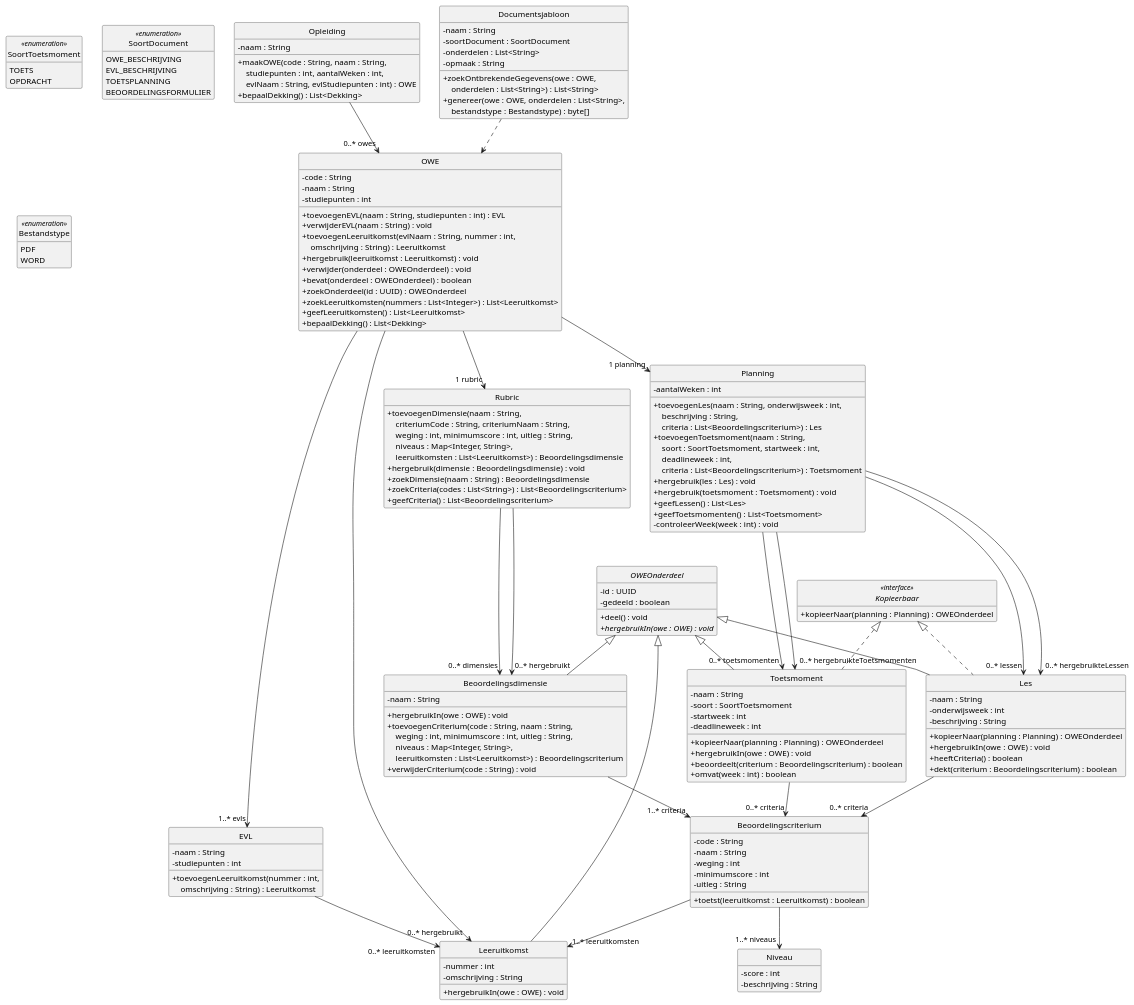
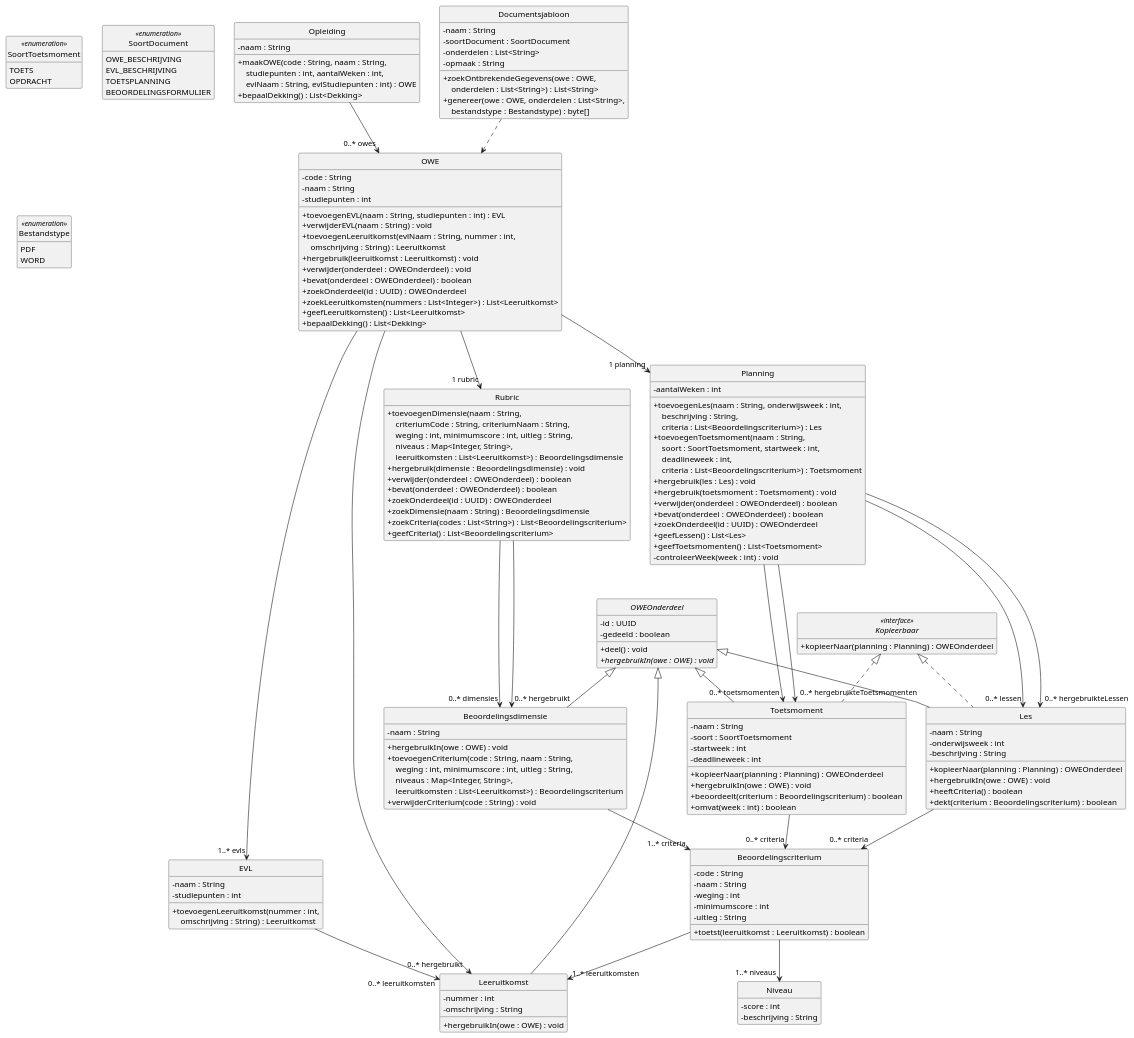
One commit to HAN-Craftsmanship-KL-JJG/casus changed the diagram in docs/diagrams/klassendiagram-domein.puml. Above: the diagram before and after it, drawn with PlantUML. The commit also changed 2 other files, not shown here.

```diff
--- a/docs/diagrams/klassendiagram-domein.puml
+++ b/docs/diagrams/klassendiagram-domein.puml
@@ -1,187 +1,193 @@
 @startuml klassendiagram-domein
 ' Design class diagram van ICDE: de domeinklassen. Toelichting: docs/07-klassendiagram.md
 ' Getters en setters staan er niet in, zoals bij Larman (7.6).
 skinparam style strictuml
 skinparam shadowing false
 skinparam defaultFontName Helvetica
 skinparam classAttributeIconSize 0
 hide empty members
 
 class Opleiding {
   - naam : String
   + maakOWE(code : String, naam : String,\n    \
 studiepunten : int, aantalWeken : int,\n    \
 evlNaam : String, evlStudiepunten : int) : OWE
   + bepaalDekking() : List<Dekking>
 }
 
 class OWE {
   - code : String
   - naam : String
   - studiepunten : int
   + toevoegenEVL(naam : String, studiepunten : int) : EVL
   + verwijderEVL(naam : String) : void
   + toevoegenLeeruitkomst(evlNaam : String, nummer : int,\n    \
 omschrijving : String) : Leeruitkomst
   + hergebruik(leeruitkomst : Leeruitkomst) : void
   + verwijder(onderdeel : OWEOnderdeel) : void
   + bevat(onderdeel : OWEOnderdeel) : boolean
   + zoekOnderdeel(id : UUID) : OWEOnderdeel
   + zoekLeeruitkomsten(nummers : List<Integer>) : List<Leeruitkomst>
   + geefLeeruitkomsten() : List<Leeruitkomst>
   + bepaalDekking() : List<Dekking>
 }
 
 class Rubric {
   + toevoegenDimensie(naam : String,\n    \
 criteriumCode : String, criteriumNaam : String,\n    \
 weging : int, minimumscore : int, uitleg : String,\n    \
 niveaus : Map<Integer, String>,\n    \
 leeruitkomsten : List<Leeruitkomst>) : Beoordelingsdimensie
   + hergebruik(dimensie : Beoordelingsdimensie) : void
+  + verwijder(onderdeel : OWEOnderdeel) : boolean
+  + bevat(onderdeel : OWEOnderdeel) : boolean
+  + zoekOnderdeel(id : UUID) : OWEOnderdeel
   + zoekDimensie(naam : String) : Beoordelingsdimensie
   + zoekCriteria(codes : List<String>) : List<Beoordelingscriterium>
   + geefCriteria() : List<Beoordelingscriterium>
 }
 
 class Planning {
   - aantalWeken : int
   + toevoegenLes(naam : String, onderwijsweek : int,\n    \
 beschrijving : String,\n    \
 criteria : List<Beoordelingscriterium>) : Les
   + toevoegenToetsmoment(naam : String,\n    \
 soort : SoortToetsmoment, startweek : int,\n    \
 deadlineweek : int,\n    \
 criteria : List<Beoordelingscriterium>) : Toetsmoment
   + hergebruik(les : Les) : void
   + hergebruik(toetsmoment : Toetsmoment) : void
+  + verwijder(onderdeel : OWEOnderdeel) : boolean
+  + bevat(onderdeel : OWEOnderdeel) : boolean
+  + zoekOnderdeel(id : UUID) : OWEOnderdeel
   + geefLessen() : List<Les>
   + geefToetsmomenten() : List<Toetsmoment>
   - controleerWeek(week : int) : void
 }
 
 class EVL {
   - naam : String
   - studiepunten : int
   + toevoegenLeeruitkomst(nummer : int,\n    \
 omschrijving : String) : Leeruitkomst
 }
 
 abstract class OWEOnderdeel {
   - id : UUID
   - gedeeld : boolean
   + deel() : void
   + {abstract} hergebruikIn(owe : OWE) : void
 }
 
 class Leeruitkomst {
   - nummer : int
   - omschrijving : String
   + hergebruikIn(owe : OWE) : void
 }
 
 class Beoordelingsdimensie {
   - naam : String
   + hergebruikIn(owe : OWE) : void
   + toevoegenCriterium(code : String, naam : String,\n    \
 weging : int, minimumscore : int, uitleg : String,\n    \
 niveaus : Map<Integer, String>,\n    \
 leeruitkomsten : List<Leeruitkomst>) : Beoordelingscriterium
   + verwijderCriterium(code : String) : void
 }
 
 class Beoordelingscriterium {
   - code : String
   - naam : String
   - weging : int
   - minimumscore : int
   - uitleg : String
   + toetst(leeruitkomst : Leeruitkomst) : boolean
 }
 
 class Niveau {
   - score : int
   - beschrijving : String
 }
 
 class Les {
   - naam : String
   - onderwijsweek : int
   - beschrijving : String
   + kopieerNaar(planning : Planning) : OWEOnderdeel
   + hergebruikIn(owe : OWE) : void
   + heeftCriteria() : boolean
   + dekt(criterium : Beoordelingscriterium) : boolean
 }
 
 class Toetsmoment {
   - naam : String
   - soort : SoortToetsmoment
   - startweek : int
   - deadlineweek : int
   + kopieerNaar(planning : Planning) : OWEOnderdeel
   + hergebruikIn(owe : OWE) : void
   + beoordeelt(criterium : Beoordelingscriterium) : boolean
   + omvat(week : int) : boolean
 }
 
 class Documentsjabloon {
   - naam : String
   - soortDocument : SoortDocument
   - onderdelen : List<String>
   - opmaak : String
   + zoekOntbrekendeGegevens(owe : OWE,\n    \
 onderdelen : List<String>) : List<String>
   + genereer(owe : OWE, onderdelen : List<String>,\n    \
 bestandstype : Bestandstype) : byte[]
 }
 
 interface Kopieerbaar <<interface>> {
   + kopieerNaar(planning : Planning) : OWEOnderdeel
 }
 
 enum SoortToetsmoment <<enumeration>> {
   TOETS
   OPDRACHT
 }
 
 enum SoortDocument <<enumeration>> {
   OWE_BESCHRIJVING
   EVL_BESCHRIJVING
   TOETSPLANNING
   BEOORDELINGSFORMULIER
 }
 
 enum Bestandstype <<enumeration>> {
   PDF
   WORD
 }
 
 ' Langere lijnen geven de rolnamen van hergebruik ruimte.
 Opleiding --> "0..* owes" OWE
 OWE --> "1..* evls" EVL
 OWE --> "1 rubric" Rubric
 OWE --> "1 planning" Planning
 OWE --> "0..* hergebruikt" Leeruitkomst
 EVL --> "0..* leeruitkomsten" Leeruitkomst
 Rubric --> "0..* dimensies" Beoordelingsdimensie
 Rubric ---> "0..* hergebruikt" Beoordelingsdimensie
 Beoordelingsdimensie --> "1..* criteria" Beoordelingscriterium
 Beoordelingscriterium --> "1..* niveaus" Niveau
 Beoordelingscriterium --> "1..* leeruitkomsten" Leeruitkomst
 Planning --> "0..* lessen" Les
 Planning --> "0..* toetsmomenten" Toetsmoment
 Planning ---> "0..* hergebruikteLessen" Les
 Planning ---> "0..* hergebruikteToetsmomenten" Toetsmoment
 Les --> "0..* criteria" Beoordelingscriterium
 Toetsmoment --> "0..* criteria" Beoordelingscriterium
 
 OWEOnderdeel <|-- Leeruitkomst
 OWEOnderdeel <|-- Beoordelingsdimensie
 OWEOnderdeel <|-- Les
 OWEOnderdeel <|-- Toetsmoment
 Kopieerbaar <|.. Les
 Kopieerbaar <|.. Toetsmoment
 
 Documentsjabloon ..> OWE
 @enduml
```
